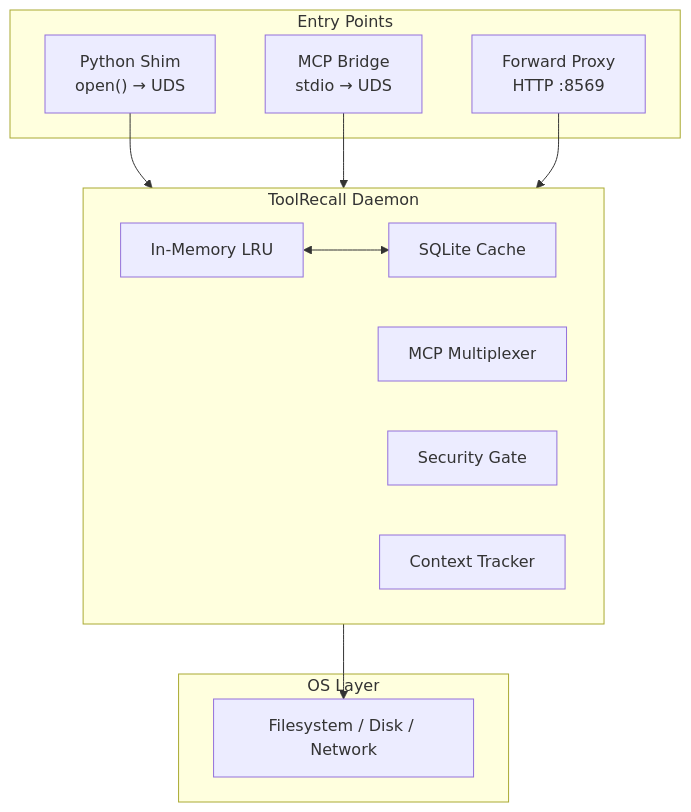
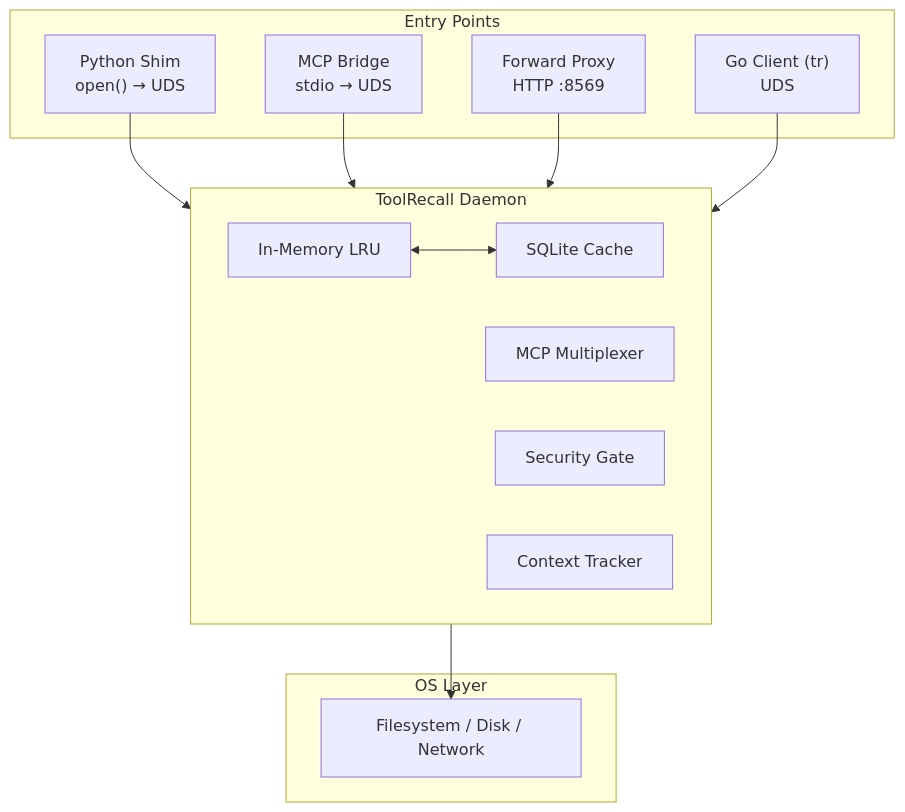
One commit to whiskybeer/toolrecall changed the second of 2 diagrams in README.md. Above: the diagram before and after it, drawn with Mermaid. The commit also changed other lines of this file, not shown here.

````diff
--- a/README.md
+++ b/README.md
@@ -144,24 +241,26 @@
 ```mermaid
 flowchart TB
     subgraph EntryPoints["Entry Points"]
         S["Python Shim<br/>open() → UDS"]
         B["MCP Bridge<br/>stdio → UDS"]
         F["Forward Proxy<br/>HTTP :8569"]
+        G["Go Client (tr)<br/>UDS"]
     end
     subgraph Daemon["ToolRecall Daemon"]
         LRU["In-Memory LRU"]
         SQ["SQLite Cache"]
         MP["MCP Multiplexer"]
         SG["Security Gate"]
         CT["Context Tracker"]
     end
     subgraph OSLayer["OS Layer"]
         O["Filesystem / Disk / Network"]
     end
 
     S --> Daemon
     B --> Daemon
     F --> Daemon
+    G --> Daemon
     Daemon --> O
     LRU <--> SQ
 ```
````
